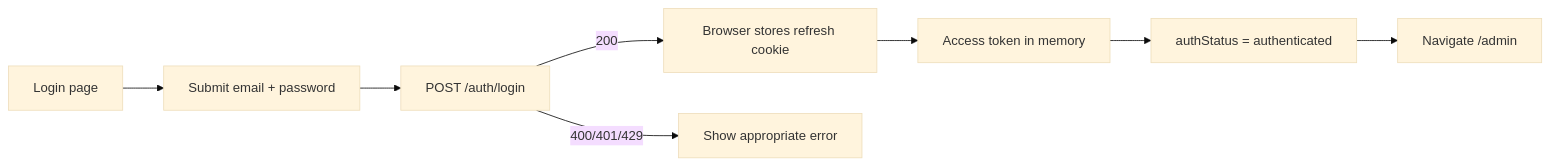
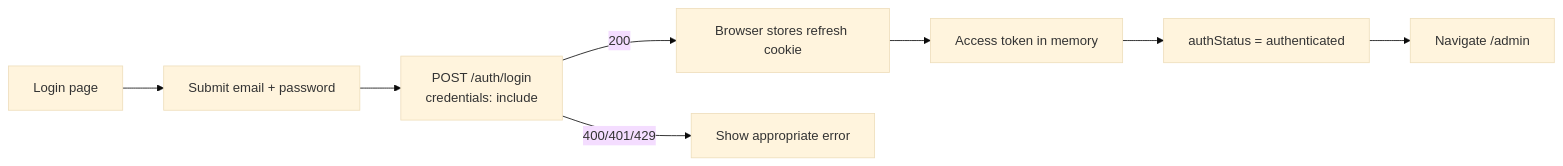
Before and after one commit to 0n6k4v-Coder/digital-publication-book-library: the second of 4 diagrams in docs/design/frontend/login.md, drawn with Mermaid (base theme). The commit also changed other lines of this file, not shown here.

First line of the commit message:
docs(auth): finalize frontend login authentication contract

````diff
--- a/docs/design/frontend/login.md
+++ b/docs/design/frontend/login.md
@@ -219,10 +220,10 @@
 ```mermaid
 flowchart LR
     A["Login page"] --> B["Submit email + password"]
-    B --> C["POST /auth/login"]
+    B --> C["POST /auth/login<br/>credentials: include"]
     C -->|200| D["Browser stores refresh cookie"]
     D --> E["Access token in memory"]
     E --> F["authStatus = authenticated"]
     F --> G["Navigate /admin"]
     C -->|400/401/429| H["Show appropriate error"]
 ```
````
